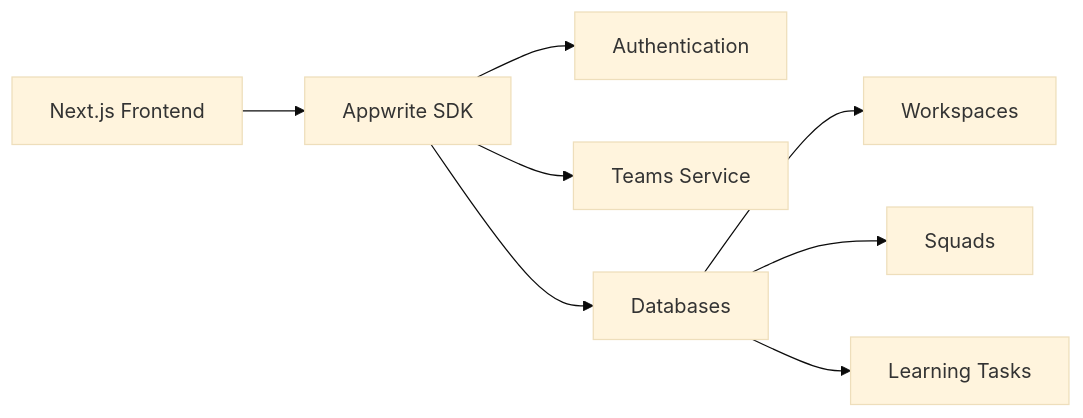
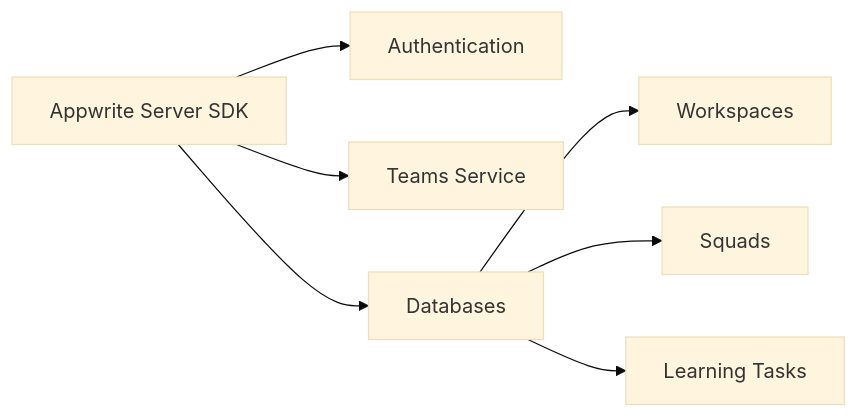
The second of 2 diagrams in README.md (sagodi97/memlernado), drawn with Mermaid (base theme) before and after one commit. The commit also changed other lines of this file, not shown here.

Commit message:
docs: update README with Appwrite Server SDK architecture diagram

````diff
--- a/README.md
+++ b/README.md
@@ -169,10 +170,10 @@
 ```mermaid
 graph LR
-    A[Next.js Frontend] --> B[Appwrite SDK]
-    B --> C[Authentication]
-    B --> D[Teams Service]
-    B --> E[Databases]
-    E --> F[Workspaces]
-    E --> G[Squads]
-    E --> H[Learning Tasks]
+    A[Appwrite Server SDK]
+    A --> B[Authentication]
+    A --> C[Teams Service]
+    A --> D[Databases]
+    D --> E[Workspaces]
+    D --> F[Squads]
+    D --> G[Learning Tasks]
 ```
````
